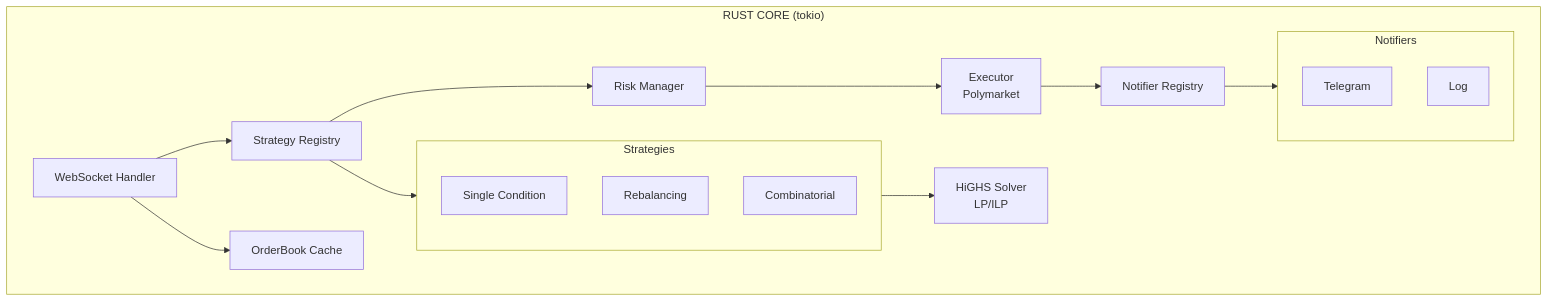
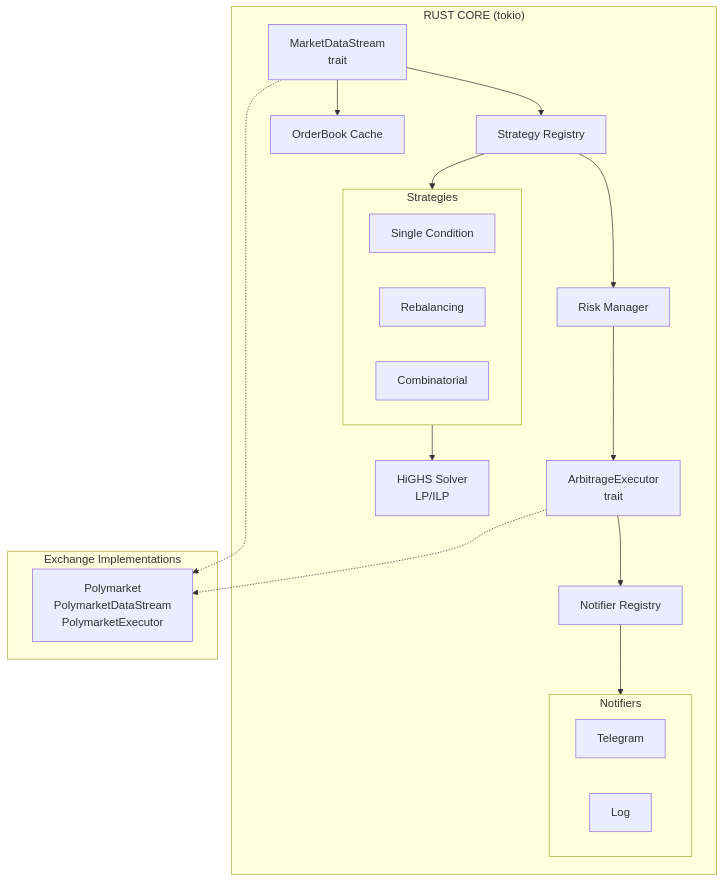
The diagram in README.md (usealtoal/edgelord), drawn with Mermaid before and after one commit. The commit also changed other lines of this file and 2 other files, not shown here.

Commit message:
docs: update documentation for multi-exchange abstraction

````diff
--- a/README.md
+++ b/README.md
@@ -21,27 +21,34 @@
 ```mermaid
 flowchart TB
     subgraph core["RUST CORE (tokio)"]
-        WS[WebSocket Handler] --> SR[Strategy Registry]
+        WS[MarketDataStream<br/>trait] --> SR[Strategy Registry]
         SR --> RM[Risk Manager]
         WS --> OBC[OrderBook Cache]
 
         subgraph strategies[Strategies]
             SC[Single Condition]
             RB[Rebalancing]
             CB[Combinatorial]
         end
 
         SR --> strategies
         strategies --> HiGHS[HiGHS Solver<br/>LP/ILP]
 
-        RM --> EX[Executor<br/>Polymarket]
+        RM --> EX[ArbitrageExecutor<br/>trait]
         EX --> NR[Notifier Registry]
 
         subgraph notifiers[Notifiers]
             TG[Telegram]
             LOG[Log]
         end
 
         NR --> notifiers
     end
+
+    subgraph exchanges["Exchange Implementations"]
+        PM[Polymarket<br/>PolymarketDataStream<br/>PolymarketExecutor]
+    end
+
+    WS -.-> PM
+    EX -.-> PM
 ```
````
